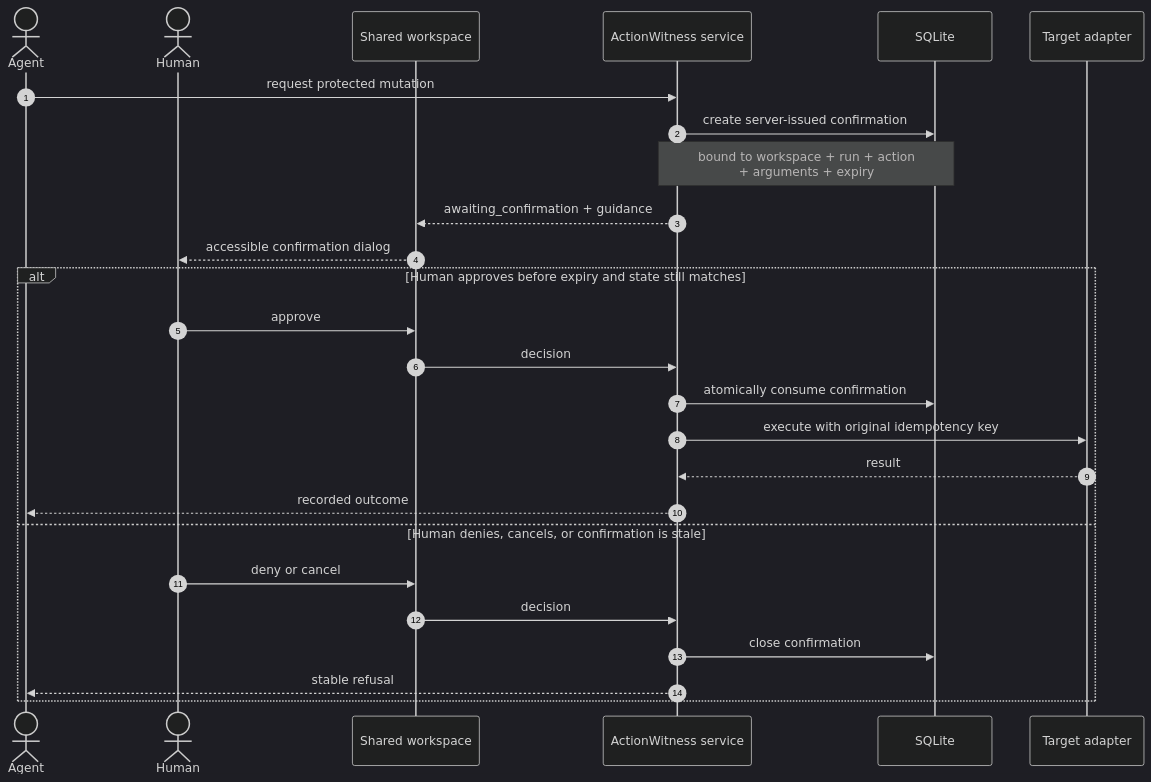
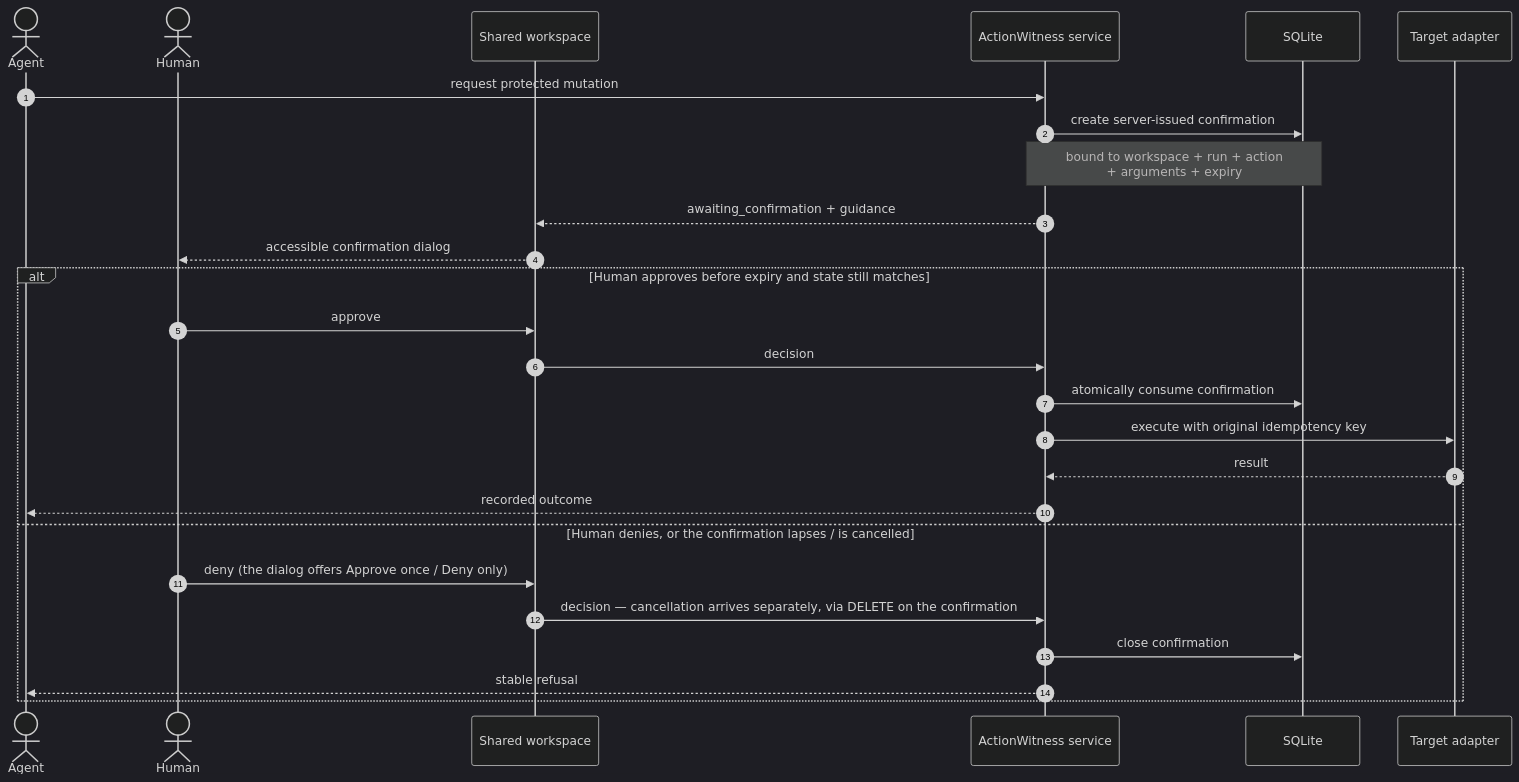
Before and after one commit to ichiorca/actionwitness: diagram 12 of 27 in docs/ARCHITECTURE.md, drawn with Mermaid (dark theme). The commit also changed other lines of this file and 12 other files, not shown here.

````diff
--- a/docs/ARCHITECTURE.md
+++ b/docs/ARCHITECTURE.md
@@ -409,30 +414,30 @@
 ```mermaid
 sequenceDiagram
     autonumber
     actor Agent
     actor Human
     participant UI as Shared workspace
     participant API as ActionWitness service
     participant DB as SQLite
     participant Target as Target adapter
 
     Agent->>API: request protected mutation
     API->>DB: create server-issued confirmation
     Note over API,DB: bound to workspace + run + action<br/>+ arguments + expiry
     API-->>UI: awaiting_confirmation + guidance
     UI-->>Human: accessible confirmation dialog
 
     alt Human approves before expiry and state still matches
         Human->>UI: approve
         UI->>API: decision
         API->>DB: atomically consume confirmation
         API->>Target: execute with original idempotency key
         Target-->>API: result
         API-->>Agent: recorded outcome
-    else Human denies, cancels, or confirmation is stale
-        Human->>UI: deny or cancel
-        UI->>API: decision
+    else Human denies, or the confirmation lapses / is cancelled
+        Human->>UI: deny (the dialog offers Approve once / Deny only)
+        UI->>API: decision — cancellation arrives separately, via DELETE on the confirmation
         API->>DB: close confirmation
         API-->>Agent: stable refusal
     end
 ```
````
